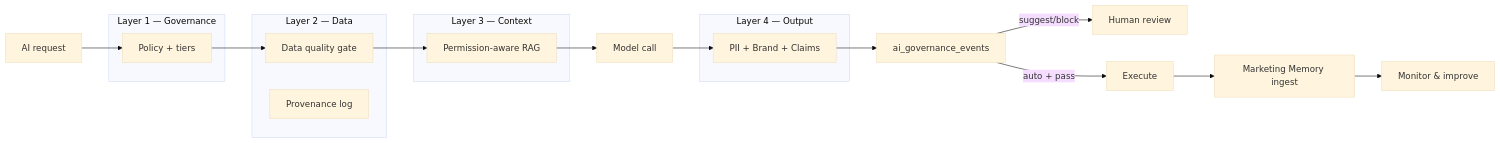
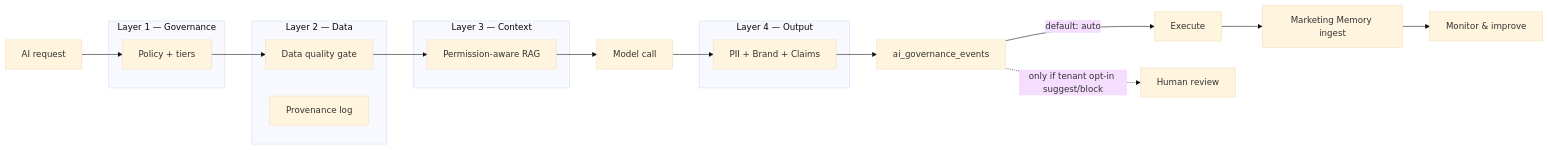
One commit to paulventer01/infogenie changed the diagram in docs/ai-governance-build-spec.md. Above: the diagram before and after it, drawn with Mermaid (base theme). The commit also changed other lines of this file, not shown here.

First line of the commit message:
Make AI Governance spec non-restrictive by default

````diff
--- a/docs/ai-governance-build-spec.md
+++ b/docs/ai-governance-build-spec.md
@@ -405,27 +488,27 @@
 ```mermaid
 flowchart LR
   subgraph L1["Layer 1 — Governance"]
     POL[Policy + tiers]
   end
   subgraph L2["Layer 2 — Data"]
     DQ[Data quality gate]
     PROV[Provenance log]
   end
   subgraph L3["Layer 3 — Context"]
     RAG[Permission-aware RAG]
   end
   subgraph L4["Layer 4 — Output"]
     OUT[PII + Brand + Claims]
   end
 
   REQ[AI request] --> POL
   POL --> DQ
   DQ --> RAG
   RAG --> LLM[Model call]
   LLM --> OUT
   OUT --> AUDIT[ai_governance_events]
-  AUDIT -->|suggest/block| HUMAN[Human review]
-  AUDIT -->|auto + pass| EXEC[Execute]
+  AUDIT -->|default: auto| EXEC[Execute]
+  AUDIT -.->|only if tenant opt-in suggest/block| HUMAN[Human review]
   EXEC --> MEM[Marketing Memory ingest]
   MEM --> MON[Monitor & improve]
 ```
````
